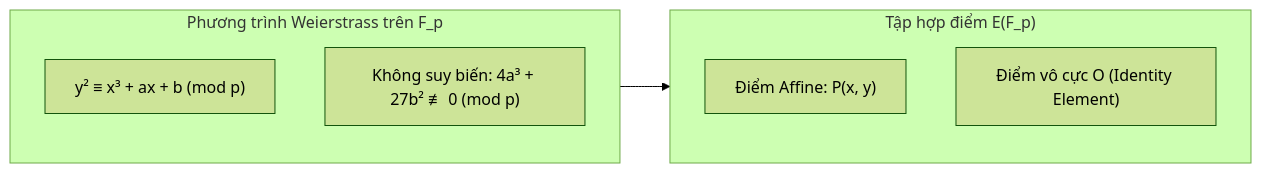
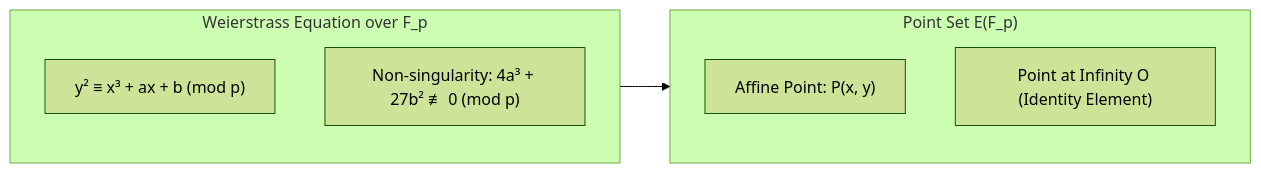
The second of 6 diagrams in docs/bao_cao_ecdsa.md (thuann2212/IS-TEXT-), drawn with Mermaid (forest theme) before and after one commit. The commit also changed other lines of this file and 5 other files, not shown here.

````diff
--- a/docs/bao_cao_ecdsa.md
+++ b/docs/bao_cao_ecdsa.md
@@ -82,12 +82,12 @@
 ```mermaid
 flowchart LR
-    subgraph CurveDef["Phương trình Weierstrass trên F_p"]
+    subgraph CurveDef["Weierstrass Equation over F_p"]
         E["y² ≡ x³ + ax + b (mod p)"]
-        Delta["Không suy biến: 4a³ + 27b² ≢ 0 (mod p)"]
+        Delta["Non-singularity: 4a³ + 27b² ≢ 0 (mod p)"]
     end
-    subgraph Points["Tập hợp điểm E(F_p)"]
-        P1["Điểm Affine: P(x, y)"]
-        O["Điểm vô cực O (Identity Element)"]
+    subgraph Points["Point Set E(F_p)"]
+        P1["Affine Point: P(x, y)"]
+        O["Point at Infinity O (Identity Element)"]
     end
     CurveDef --> Points
 ```
````
